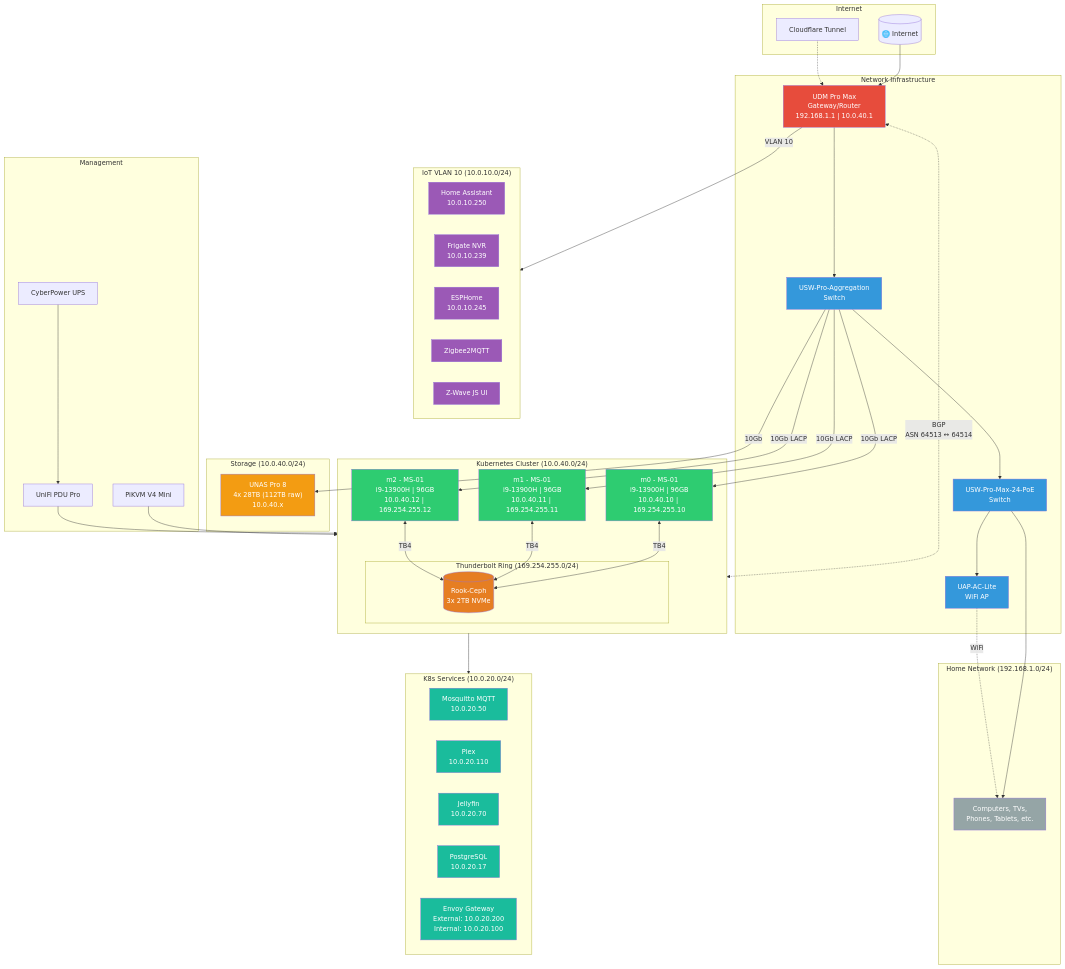
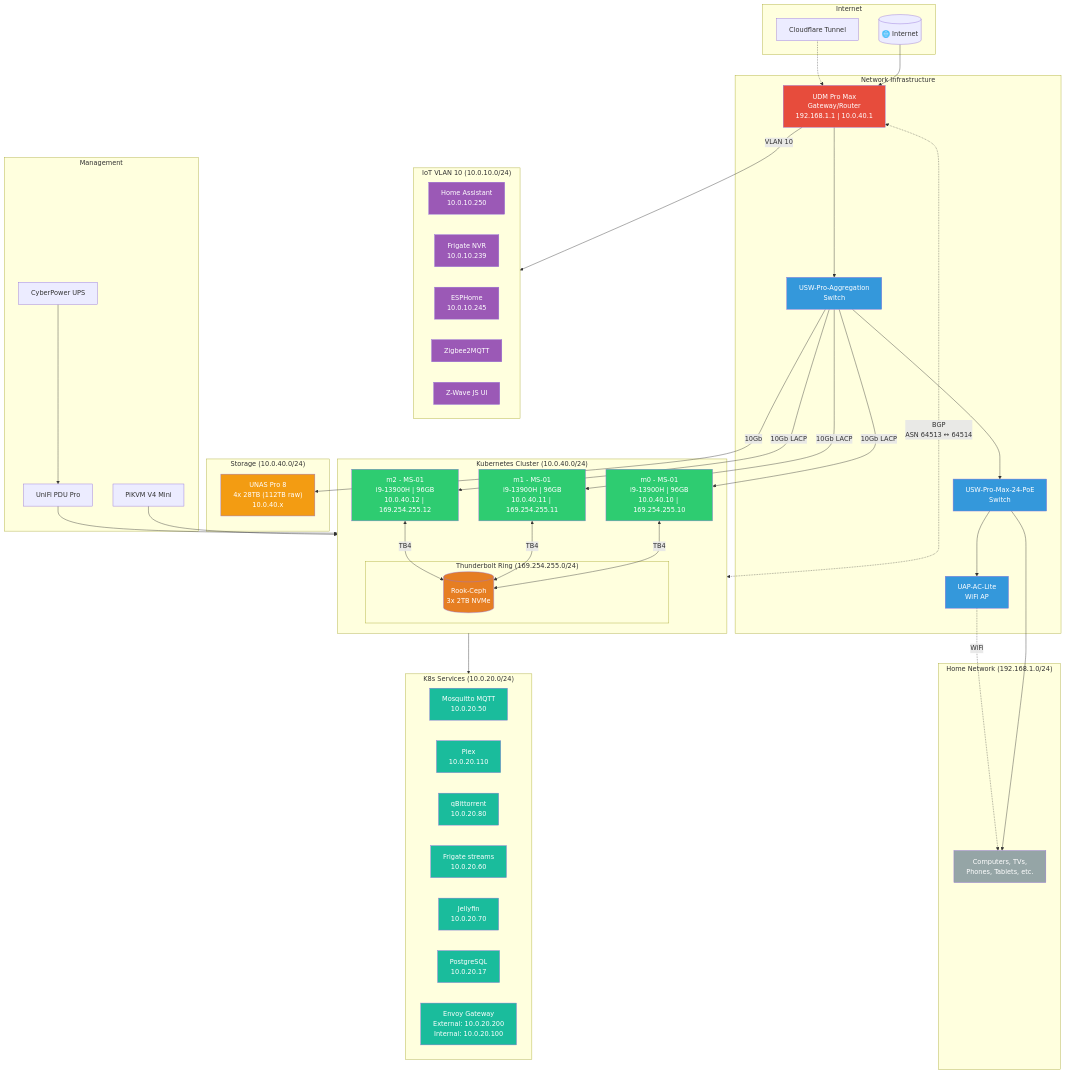
Before and after one commit to mchestr/home-cluster: the first of 2 diagrams in docs/src/notes/networking.md, drawn with Mermaid. The commit also changed other lines of this file and 14 other files, not shown here.

````diff
--- a/docs/src/notes/networking.md
+++ b/docs/src/notes/networking.md
@@ -47,6 +47,8 @@
     subgraph Services["K8s Services (10.0.20.0/24)"]
         MQTT["Mosquitto MQTT<br/>10.0.20.50"]
         Plex["Plex<br/>10.0.20.110"]
+        QBT["qBittorrent<br/>10.0.20.80"]
+        Frigate2["Frigate streams<br/>10.0.20.60"]
         Jellyfin["Jellyfin<br/>10.0.20.70"]
         PG["PostgreSQL<br/>10.0.20.17"]
         Envoy["Envoy Gateway<br/>External: 10.0.20.200<br/>Internal: 10.0.20.100"]
@@ -94,6 +96,6 @@
     class NAS storage
     class CEPH tbring
     class HA,Frigate,ESPHome,Zigbee,ZWave iot
-    class MQTT,Plex,Jellyfin,PG,Envoy service
+    class MQTT,Plex,QBT,Frigate2,Jellyfin,PG,Envoy service
     class Devices homelan
 ```
````
